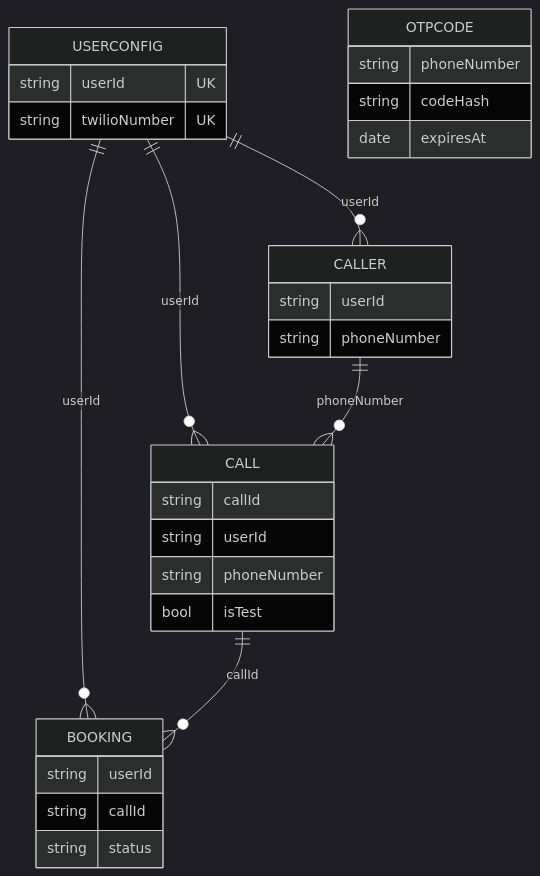
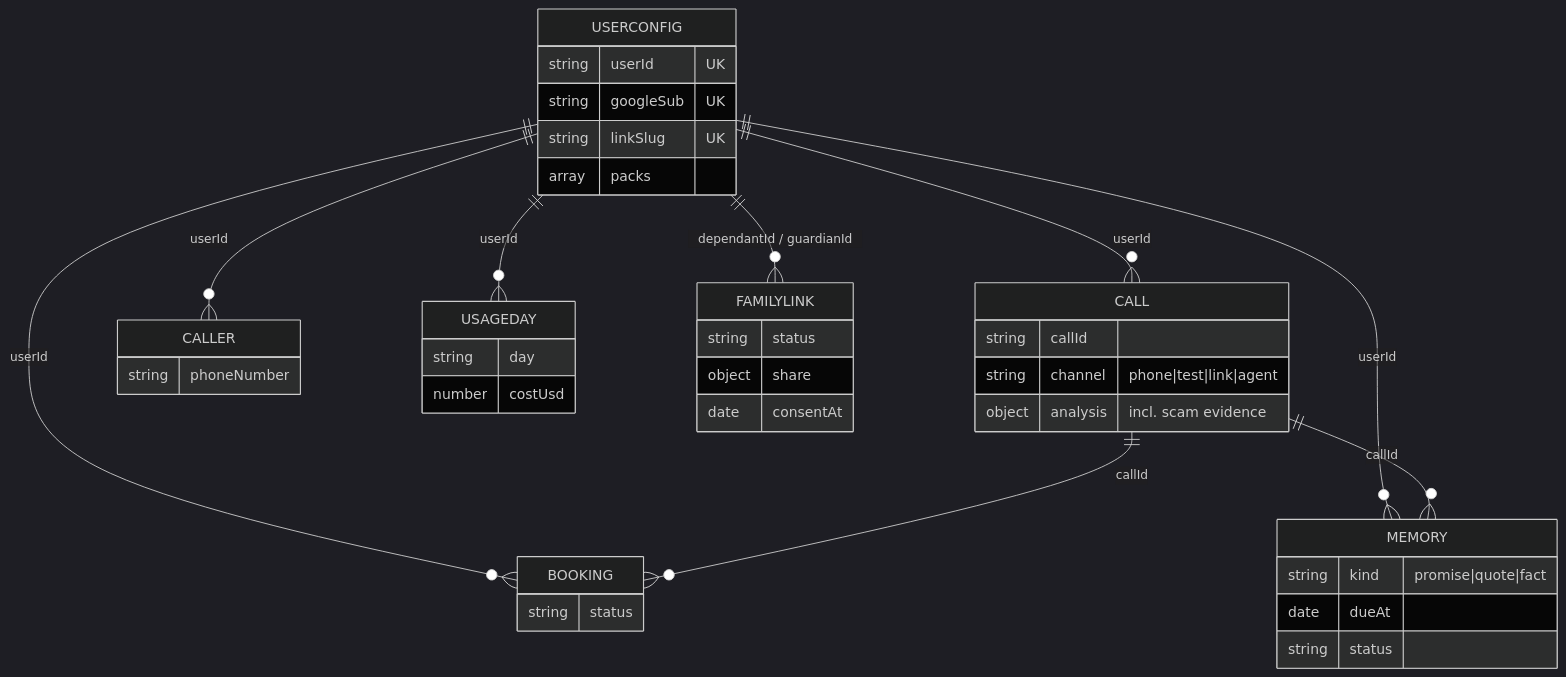
One commit to Phani3108/Vexa changed the tenth of 10 diagrams in README.md. Above: the diagram before and after it, drawn with Mermaid (dark theme). The commit also changed other lines of this file and 4 other files, not shown here.

````diff
--- a/README.md
+++ b/README.md
@@ -793,32 +847,42 @@
 ```mermaid
 erDiagram
-  USERCONFIG ||--o{ CALL : "userId"
-  USERCONFIG ||--o{ CALLER : "userId"
-  USERCONFIG ||--o{ BOOKING : "userId"
-  CALLER ||--o{ CALL : "phoneNumber"
-  CALL ||--o{ BOOKING : "callId"
-  OTPCODE {
-    string phoneNumber
-    string codeHash
-    date expiresAt
-  }
+  USERCONFIG ||--o{ CALL : userId
+  USERCONFIG ||--o{ CALLER : userId
+  USERCONFIG ||--o{ BOOKING : userId
+  USERCONFIG ||--o{ MEMORY : userId
+  USERCONFIG ||--o{ USAGEDAY : userId
+  USERCONFIG ||--o{ FAMILYLINK : "dependantId / guardianId"
+  CALL ||--o{ BOOKING : callId
+  CALL ||--o{ MEMORY : callId
   USERCONFIG {
     string userId UK
-    string twilioNumber UK
+    string googleSub UK
+    string linkSlug UK
+    array packs
   }
   CALL {
     string callId
-    string userId
-    string phoneNumber
-    bool isTest
+    string channel "phone|test|link|agent"
+    object analysis "incl. scam evidence"
+  }
+  MEMORY {
+    string kind "promise|quote|fact"
+    date dueAt
+    string status
+  }
+  FAMILYLINK {
+    string status
+    object share
+    date consentAt
+  }
+  USAGEDAY {
+    string day
+    number costUsd
+  }
+  BOOKING {
+    string status
   }
   CALLER {
-    string userId
     string phoneNumber
   }
-  BOOKING {
-    string userId
-    string callId
-    string status
-  }
 ```
````
